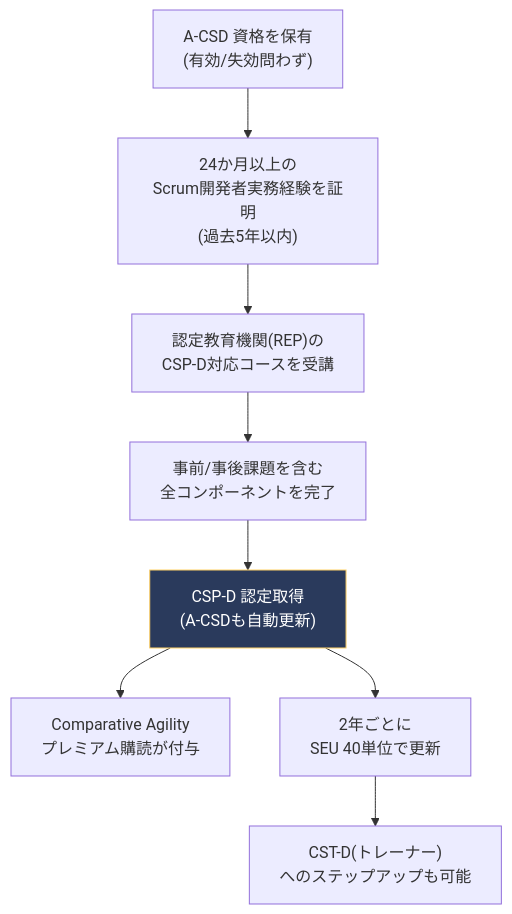
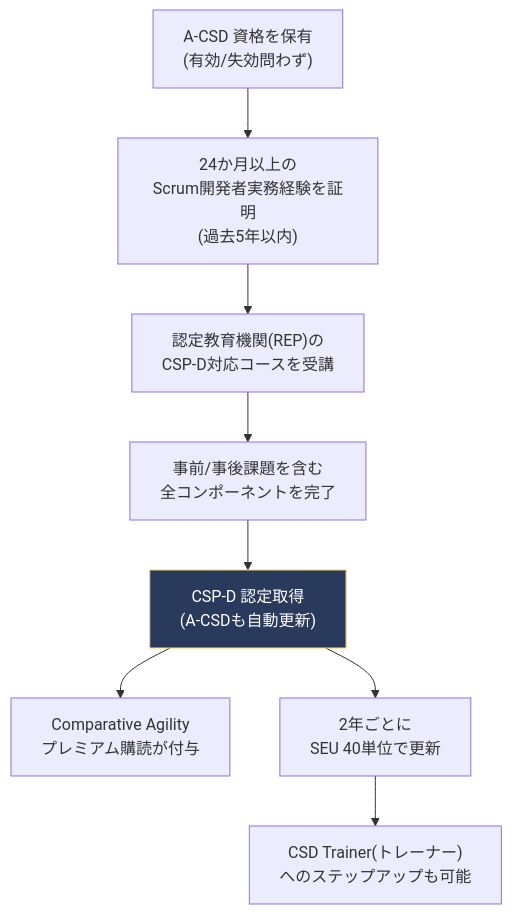
One commit to myoshi2891/Management-Team-Building-Studies changed the second of 17 diagrams in Csp-d-certified-scrum-professional-developer-study-guide.md. Above: the diagram before and after it, drawn with Mermaid. The commit also changed other lines of this file and 4 other files, not shown here.

````diff
--- a/Csp-d-certified-scrum-professional-developer-study-guide.md
+++ b/Csp-d-certified-scrum-professional-developer-study-guide.md
@@ -100,12 +100,12 @@
 ```mermaid
 flowchart TB
     A["A-CSD 資格を保有\n(有効/失効問わず)"] --> B["24か月以上の\nScrum開発者実務経験を証明\n(過去5年以内)"]
     B --> C["認定教育機関(REP)の\nCSP-D対応コースを受講"]
     C --> D["事前/事後課題を含む\n全コンポーネントを完了"]
     D --> E["CSP-D 認定取得\n(A-CSDも自動更新)"]
     E --> F["Comparative Agility\nプレミアム購読が付与"]
     E --> G["2年ごとに\nSEU 40単位で更新"]
-    G --> H["CST-D(トレーナー)\nへのステップアップも可能"]
+    G --> H["CSD Trainer(トレーナー)\nへのステップアップも可能"]
 
     style E fill:#2a3a5c,stroke:#ffd166,color:#ffffff
 ```
````
